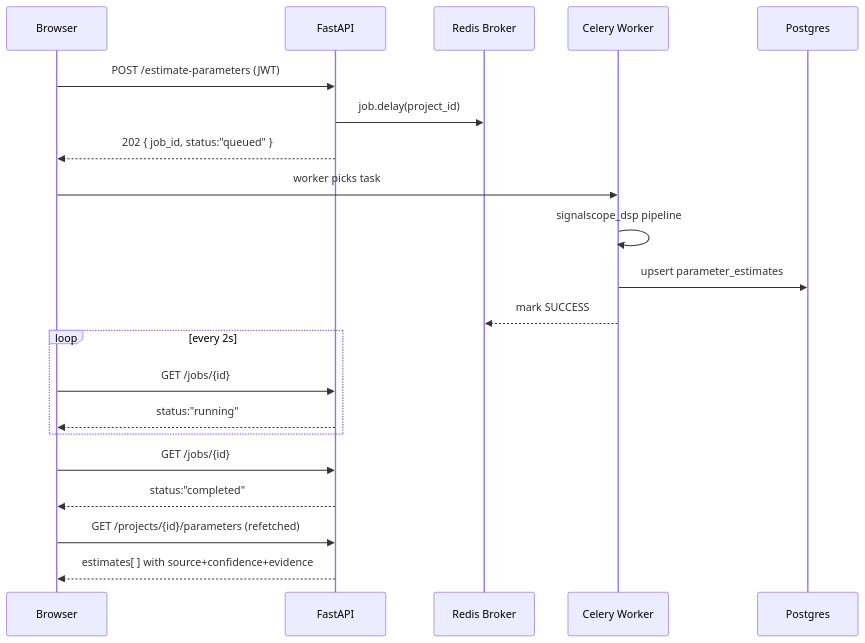
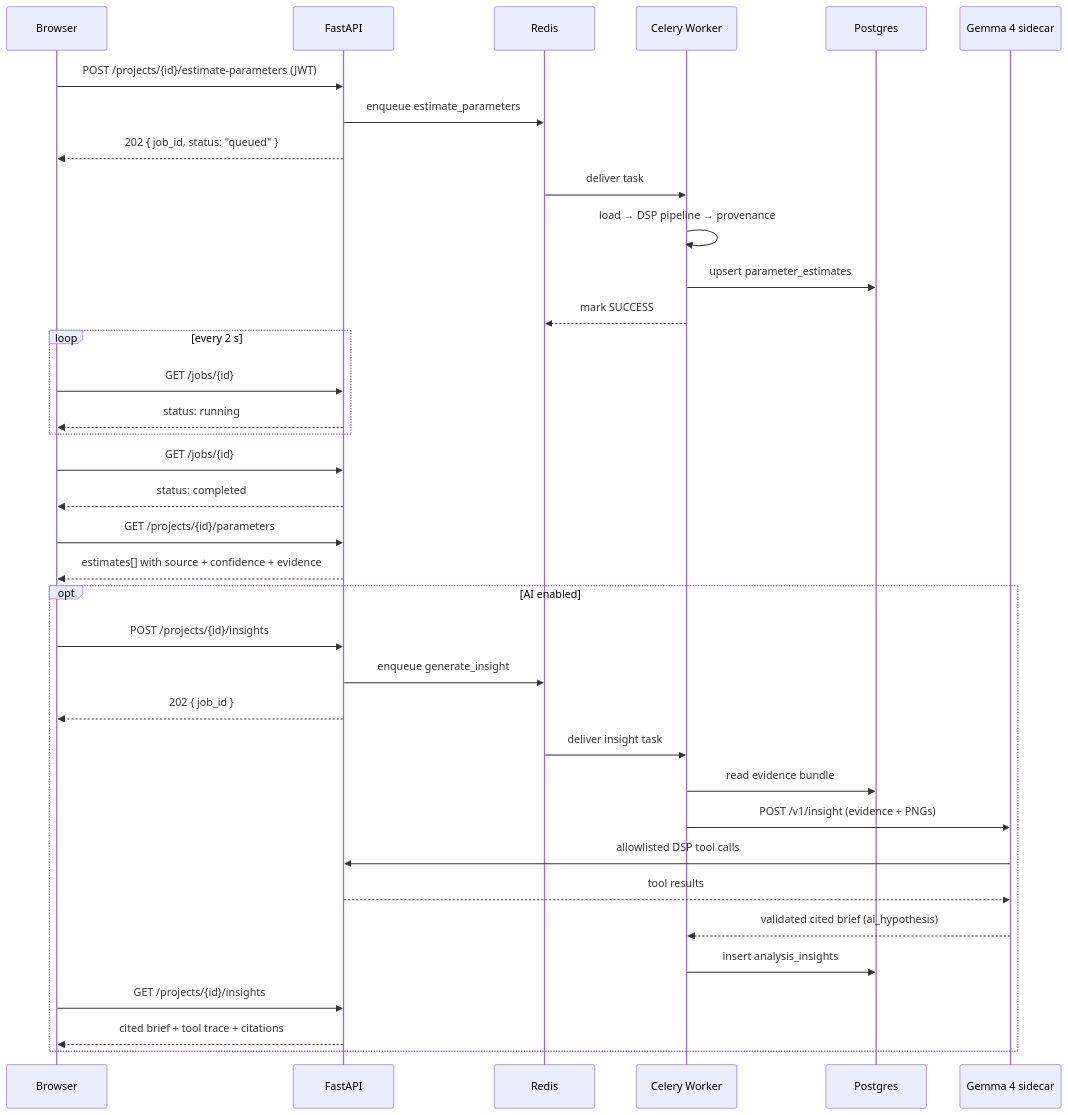
Before and after one commit to Manas-Dikshit/SignalScope: the second of 2 diagrams in ARCHITECTURE.md, drawn with Mermaid. The commit also changed other lines of this file and 12 other files, not shown here.

Commit message:
feat: add Gemma 4 AI sidecar integration and update system architecture documentation

````diff
--- a/ARCHITECTURE.md
+++ b/ARCHITECTURE.md
@@ -115,24 +198,42 @@
 ```mermaid
 sequenceDiagram
     participant B as Browser
     participant A as FastAPI
-    participant R as Redis Broker
+    participant R as Redis
     participant W as Celery Worker
     participant P as Postgres
+    participant G as Gemma 4 sidecar
 
-    B->>A: POST /estimate-parameters (JWT)
-    A->>R: job.delay(project_id)
-    A-->>B: 202 { job_id, status:"queued" }
-    B->>W: worker picks task
-    W->>W: signalscope_dsp pipeline
+    B->>A: POST /projects/{id}/estimate-parameters (JWT)
+    A->>R: enqueue estimate_parameters
+    A-->>B: 202 { job_id, status: "queued" }
+    R->>W: deliver task
+    W->>W: load → DSP pipeline → provenance
     W->>P: upsert parameter_estimates
     W-->>R: mark SUCCESS
-    loop every 2s
+
+    loop every 2 s
         B->>A: GET /jobs/{id}
-        A-->>B: status:"running"
+        A-->>B: status: running
     end
+
     B->>A: GET /jobs/{id}
-    A-->>B: status:"completed"
-    B->>A: GET /projects/{id}/parameters (refetched)
-    A-->>B: estimates[ ] with source+confidence+evidence
+    A-->>B: status: completed
+    B->>A: GET /projects/{id}/parameters
+    A-->>B: estimates[] with source + confidence + evidence
+
+    opt AI enabled
+        B->>A: POST /projects/{id}/insights
+        A->>R: enqueue generate_insight
+        A-->>B: 202 { job_id }
+        R->>W: deliver insight task
+        W->>P: read evidence bundle
+        W->>G: POST /v1/insight (evidence + PNGs)
+        G->>A: allowlisted DSP tool calls
+        A-->>G: tool results
+        G-->>W: validated cited brief (ai_hypothesis)
+        W->>P: insert analysis_insights
+        B->>A: GET /projects/{id}/insights
+        A-->>B: cited brief + tool trace + citations
+    end
 ```
````
